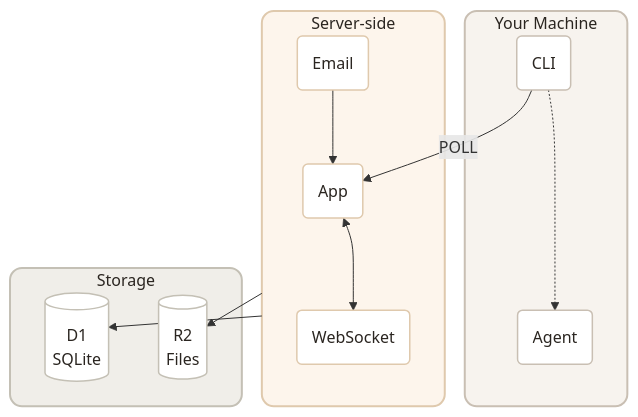
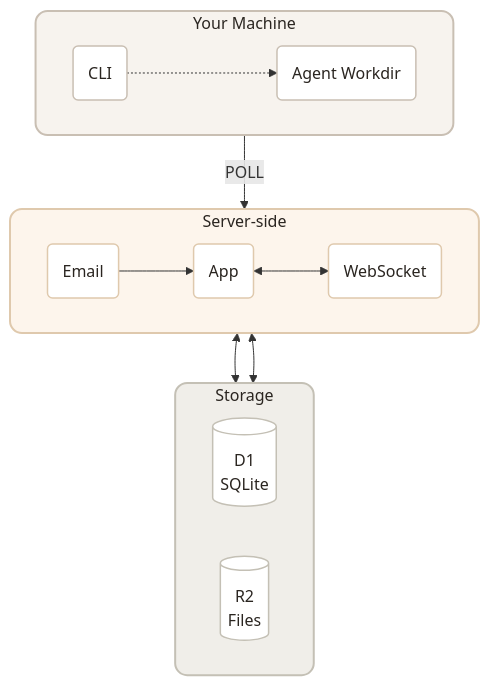
Before and after one commit to alookai/alook: the diagram in README.md, drawn with Mermaid.

Commit message:
docs: improve diagram

````diff
--- a/README.md
+++ b/README.md
@@ -104,46 +104,47 @@
 ```mermaid
 %%{init: {'theme': 'base', 'themeVariables': {
   'primaryColor': '#FAF9F7',
   'primaryBorderColor': '#D4CFC9',
   'primaryTextColor': '#2A2520',
   'lineColor': '#9C8E82',
   'secondaryColor': '#F0EDE8',
   'tertiaryColor': '#E8E4DE',
 }}}%%
 
 flowchart TB
     subgraph client["  Your Machine  "]
         CLI("CLI")
-        RT("Agent  ")
+        RT("Agent Workdir")
     end
 
     subgraph cloud["  Server-side  "]
         WEB("App")
         EML("Email")
         WSK("WebSocket")
     end
 
     subgraph store["  Storage  "]
+        direction LR
         D1[("D1\nSQLite  ")]
         R2[("R2\nFiles  ")]
     end
 
-    CLI -- "POLL" --> WEB
+    client -- "POLL" --> cloud
     CLI -..-> RT
     EML --> WEB
     WEB <--> WSK
-    cloud --> R2
-    cloud --> D1
+    cloud <--> D1
+    cloud <--> R2
 
     style client fill:#F7F3EE,stroke:#C9BFB3,stroke-width:2px,color:#2A2520,rx:12,ry:12
     style cloud fill:#FDF5EC,stroke:#DFC9AD,stroke-width:2px,color:#2A2520,rx:12,ry:12
     style store fill:#F0EEE9,stroke:#C4C0B5,stroke-width:2px,color:#2A2520,rx:12,ry:12
 
     style CLI fill:#fff,stroke:#C9BFB3,stroke-width:1.5px,color:#2A2520
     style RT fill:#fff,stroke:#C9BFB3,stroke-width:1.5px,color:#2A2520
     style WEB fill:#fff,stroke:#DFC9AD,stroke-width:1.5px,color:#2A2520
     style EML fill:#fff,stroke:#DFC9AD,stroke-width:1.5px,color:#2A2520
     style WSK fill:#fff,stroke:#DFC9AD,stroke-width:1.5px,color:#2A2520
     style D1 fill:#fff,stroke:#C4C0B5,stroke-width:1.5px,color:#2A2520
     style R2 fill:#fff,stroke:#C4C0B5,stroke-width:1.5px,color:#2A2520
 ```
````
